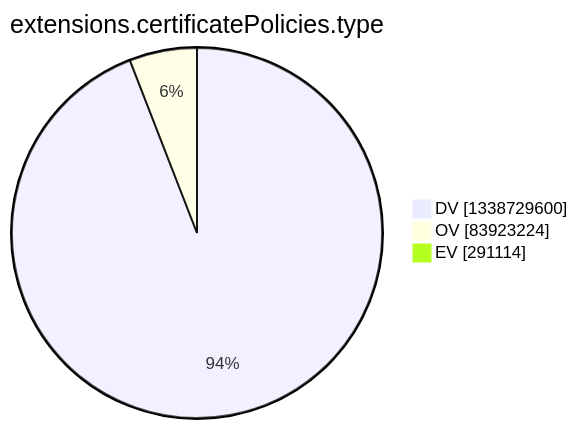
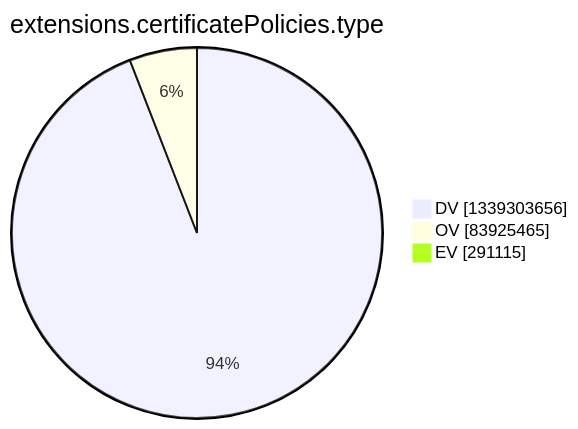
Before and after one commit to christiankrug/ctmonitor_visualization: the tenth of 15 diagrams in argon2022/README.md, drawn with Mermaid. The commit also changed other lines of this file, not shown here.

````diff
--- a/argon2022/README.md
+++ b/argon2022/README.md
@@ -2773,7 +2773,7 @@
 ```mermaid
 pie showData
 title extensions.certificatePolicies.type
-"DV" :1338729600
-"OV" :83923224
-"EV" :291114
+"DV" :1339303656
+"OV" :83925465
+"EV" :291115
 ```
````
